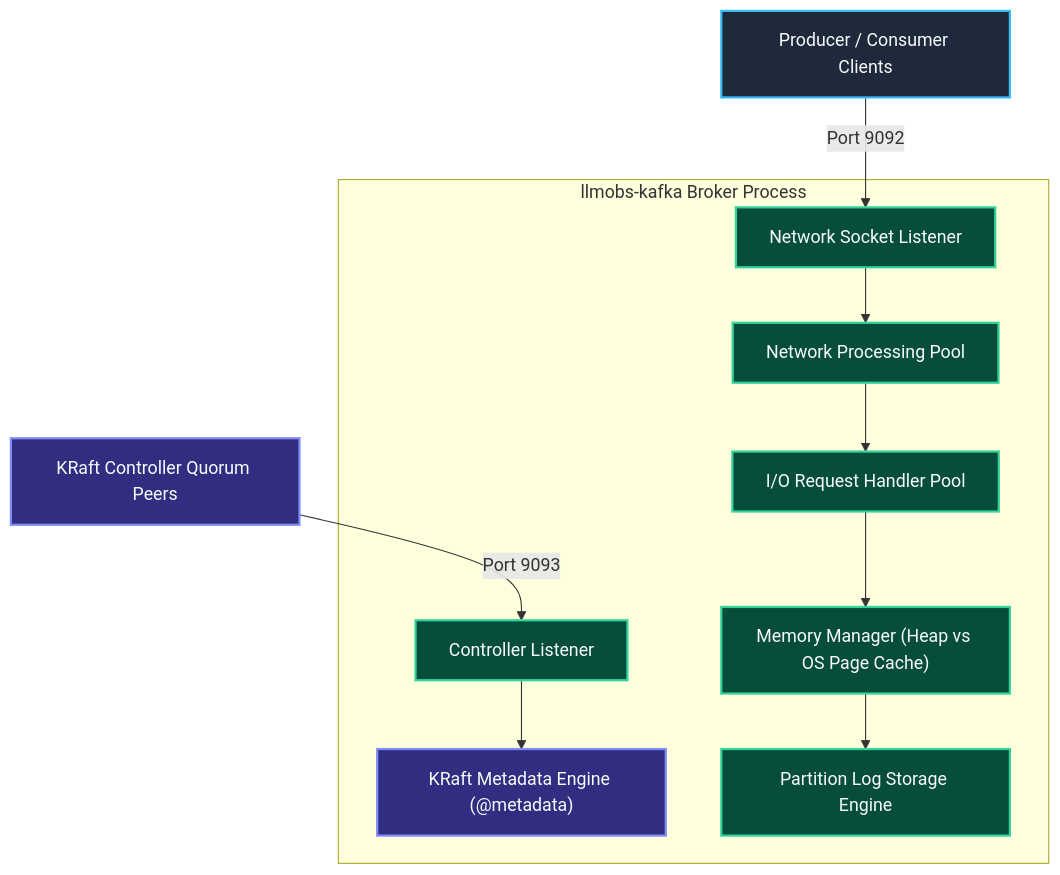
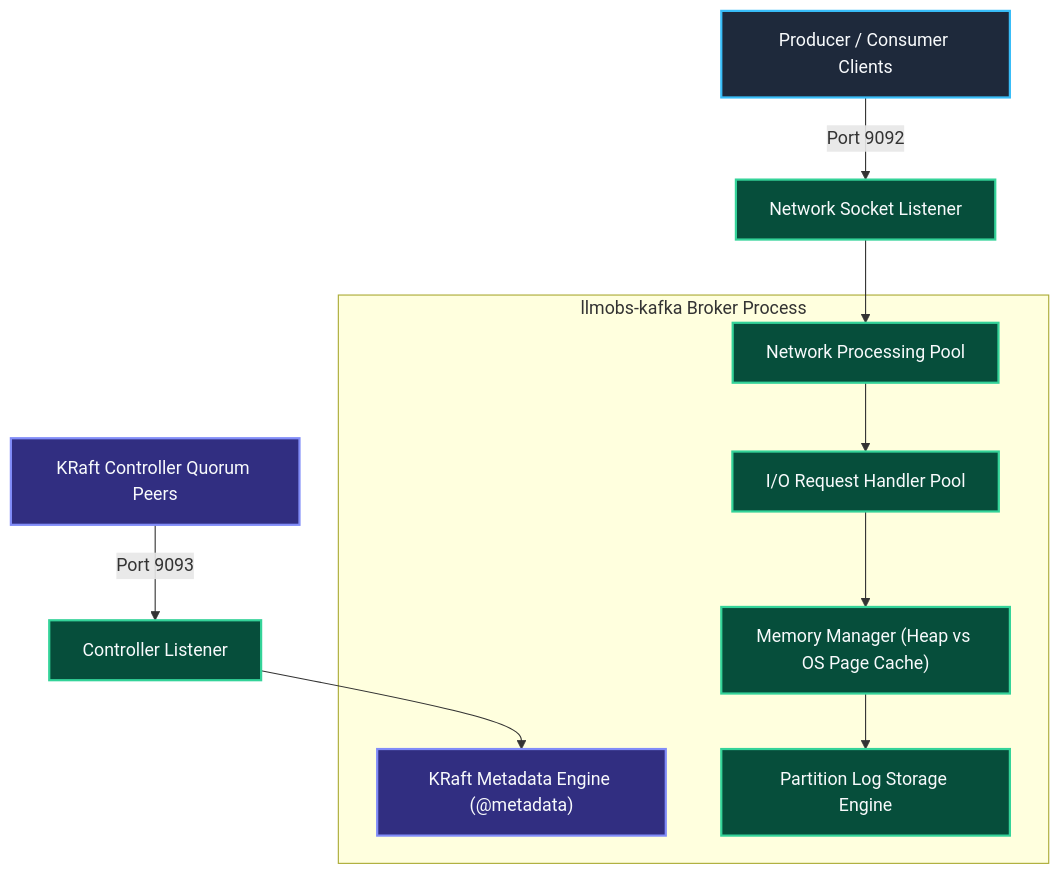
The third of 48 diagrams in docs/configDoc/kafka-configuration-guide.md (Chief-Strategist-J/llm-obs-infra), drawn with Mermaid before and after one commit. The commit also changed other lines of this file, not shown here.

Commit message:
fix(docs): resolve all Mermaid diagram syntax and layout rendering issues in kafka configuration guide

````diff
--- a/docs/configDoc/kafka-configuration-guide.md
+++ b/docs/configDoc/kafka-configuration-guide.md
@@ -517,23 +520,26 @@
 ```mermaid
 graph TD
     Client["Producer / Consumer Clients"] -->|Port 9092| SocketListener["Network Socket Listener"]
     KRaftPeer["KRaft Controller Quorum Peers"] -->|Port 9093| ControllerListener["Controller Listener"]
 
     subgraph BrokerCoreEngine ["llmobs-kafka Broker Process"]
-        SocketListener --> NetPool["Network Processing Pool"]
-        ControllerListener --> KRaftEngine["KRaft Metadata Engine (@metadata)"]
+        NetPool["Network Processing Pool"]
+        KRaftEngine["KRaft Metadata Engine (@metadata)"]
         NetPool --> WorkPool["I/O Request Handler Pool"]
         WorkPool --> MemoryMgr["Memory Manager (Heap vs OS Page Cache)"]
         MemoryMgr --> LogEngine["Partition Log Storage Engine"]
     end
+
+    SocketListener --> NetPool
+    ControllerListener --> KRaftEngine
 
     style Client fill:#1e293b,stroke:#38bdf8,stroke-width:2px,color:#f8fafc
     style KRaftPeer fill:#312e81,stroke:#818cf8,stroke-width:2px,color:#f8fafc
     style SocketListener fill:#064e3b,stroke:#34d399,stroke-width:2px,color:#f8fafc
     style ControllerListener fill:#064e3b,stroke:#34d399,stroke-width:2px,color:#f8fafc
     style NetPool fill:#064e3b,stroke:#34d399,stroke-width:2px,color:#f8fafc
     style KRaftEngine fill:#312e81,stroke:#818cf8,stroke-width:2px,color:#f8fafc
     style WorkPool fill:#064e3b,stroke:#34d399,stroke-width:2px,color:#f8fafc
     style MemoryMgr fill:#064e3b,stroke:#34d399,stroke-width:2px,color:#f8fafc
     style LogEngine fill:#064e3b,stroke:#34d399,stroke-width:2px,color:#f8fafc
 ```
````
